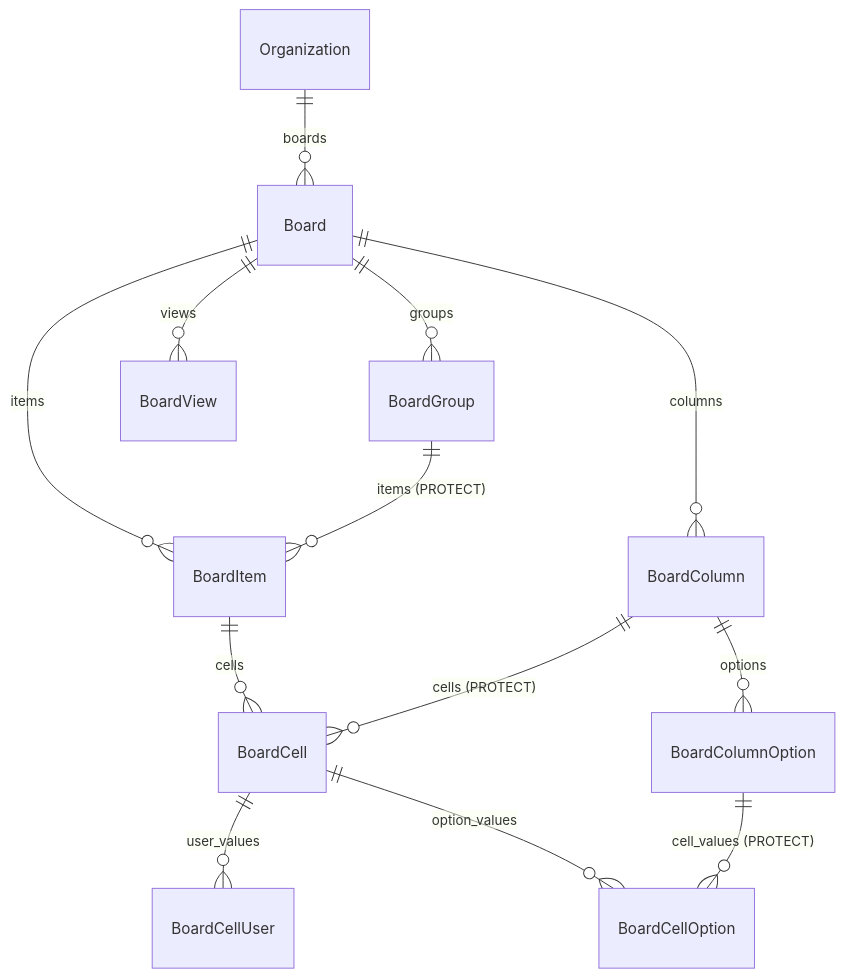
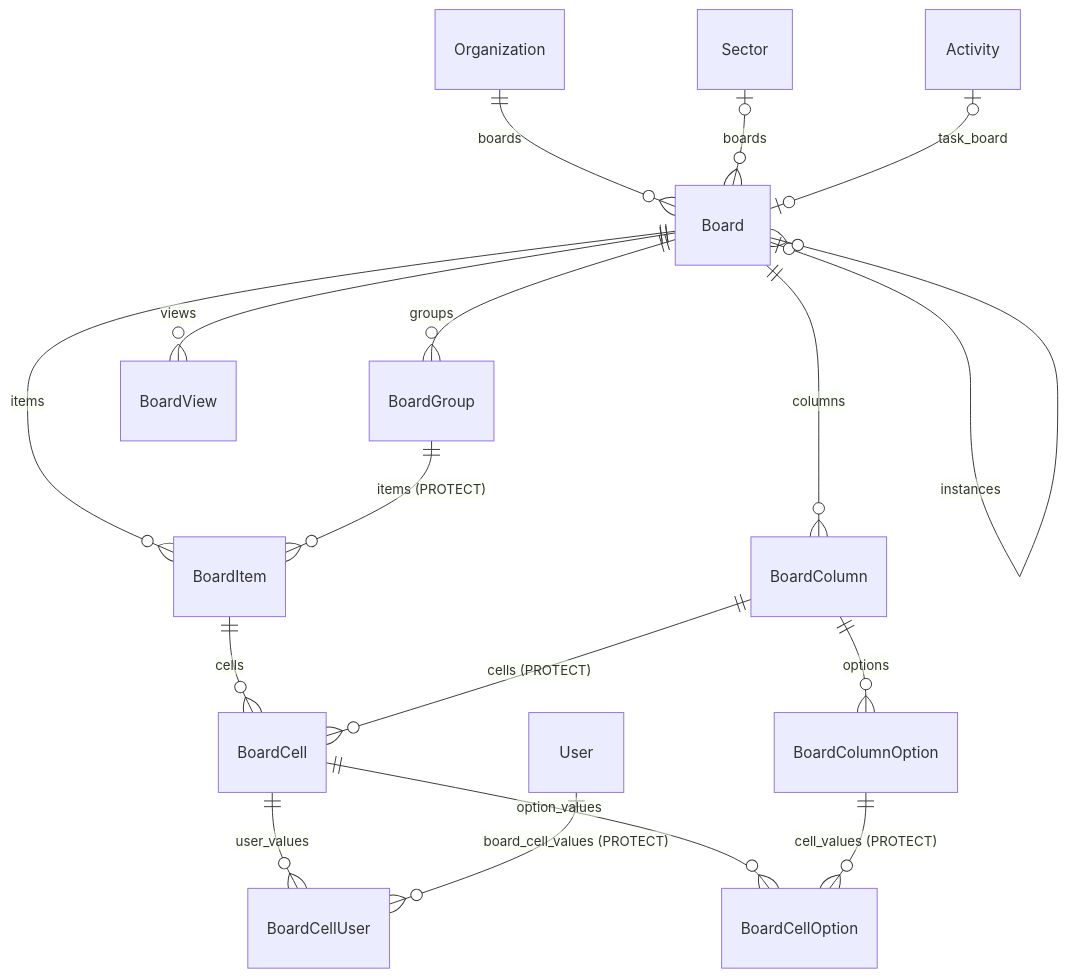
One commit to Lucasrafael703/workflow changed the tenth of 11 diagrams in docs/04_MODELOS_DE_DADOS.md. Above: the diagram before and after it, drawn with Mermaid. The commit also changed other lines of this file and 58 other files, not shown here.

````diff
--- a/docs/04_MODELOS_DE_DADOS.md
+++ b/docs/04_MODELOS_DE_DADOS.md
@@ -246,15 +512,19 @@
 ```mermaid
 erDiagram
     Organization ||--o{ Board : "boards"
+    Sector |o--o{ Board : "boards"
+    Activity |o--o| Board : "task_board"
+    Board |o--o{ Board : "instances"
     Board ||--o{ BoardGroup : "groups"
     Board ||--o{ BoardColumn : "columns"
     Board ||--o{ BoardItem : "items"
     Board ||--o{ BoardView : "views"
     BoardGroup ||--o{ BoardItem : "items (PROTECT)"
     BoardColumn ||--o{ BoardColumnOption : "options"
     BoardItem ||--o{ BoardCell : "cells"
     BoardColumn ||--o{ BoardCell : "cells (PROTECT)"
     BoardCell ||--o{ BoardCellUser : "user_values"
     BoardCell ||--o{ BoardCellOption : "option_values"
     BoardColumnOption ||--o{ BoardCellOption : "cell_values (PROTECT)"
+    User ||--o{ BoardCellUser : "board_cell_values (PROTECT)"
 ```
````
